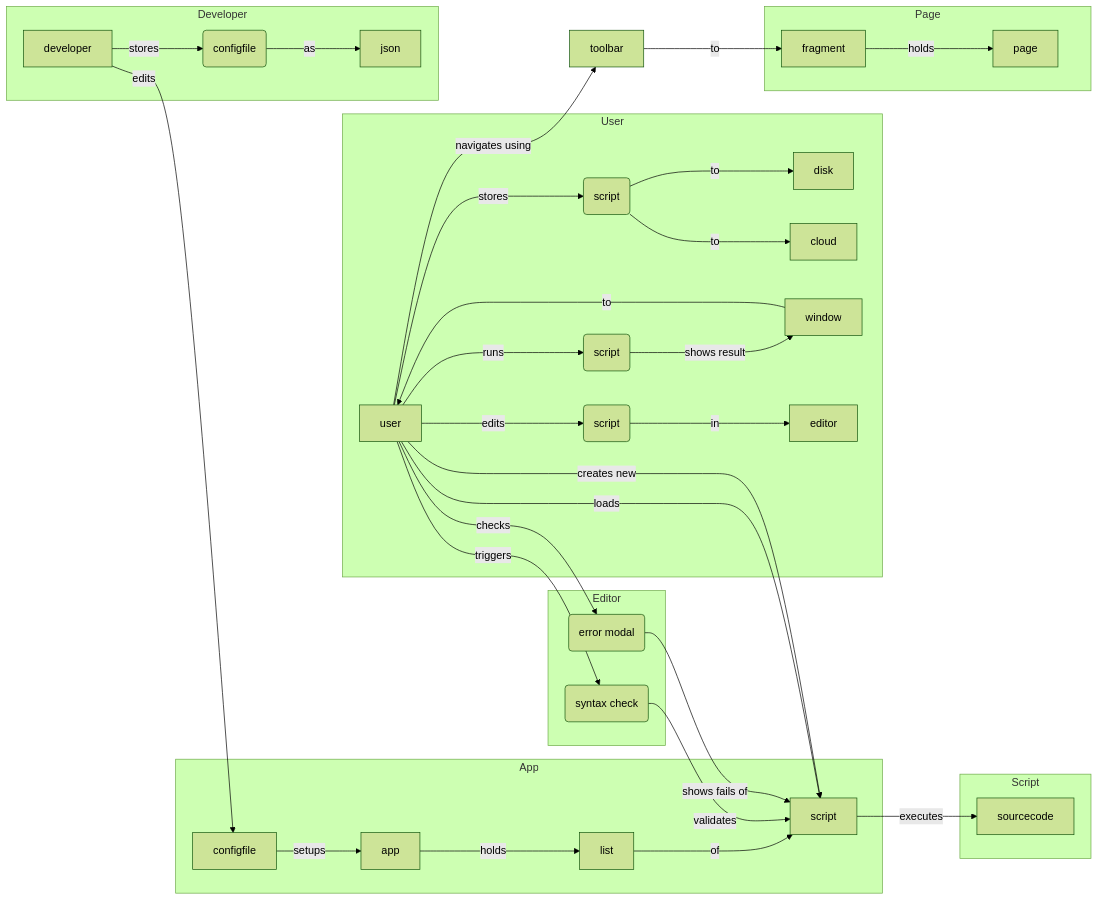
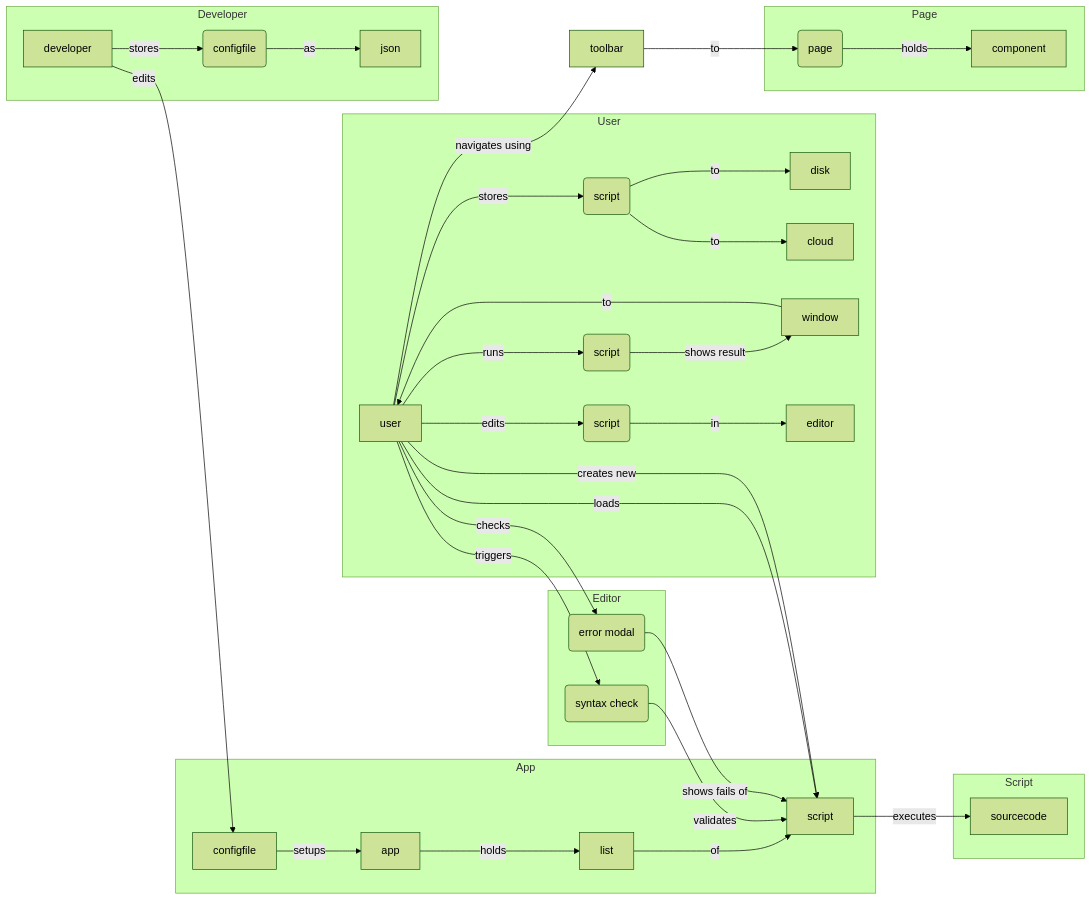
The first of 2 diagrams in pylaunch.md (inflamously/pylaunch), drawn with Mermaid (forest theme) before and after one commit. The commit also changed other lines of this file, not shown here.

````diff
--- a/pylaunch.md
+++ b/pylaunch.md
@@ -5,32 +5,32 @@
 ```mermaid
 graph LR
 	user -- triggers --> syntaxCheck
 	user -- checks --> errorModal
-	user -- navigates using --> toolbar -- to --> fragment
+	user -- navigates using --> toolbar -- to --> p1
 	subgraph App
         app -- holds --> list -- of --> script
         configfile -- setups --> app
 	end
 	subgraph User
         user -- stores --> s1("script") -- to --> disk & cloud
         user -- loads --> script
         user -- runs --> s2("script") -- shows result --> window -- to --> user
         user -- creates new --> script
         user -- edits --> s3("script") -- in --> editor
         
 	end
 	subgraph Developer
         developer -- edits --> configfile
         developer -- stores --> cf1("configfile") -- as --> json
 	end
 	subgraph Script
 		script -- executes --> sourcecode
 	end
 	subgraph Editor
 		syntaxCheck(syntax check) -- validates --> script
 		errorModal(error modal) -- shows fails of --> script
 	end
 	subgraph Page
-		fragment -- holds --> page
+		p1(page) -- holds --> component
 	end
 ```
````
